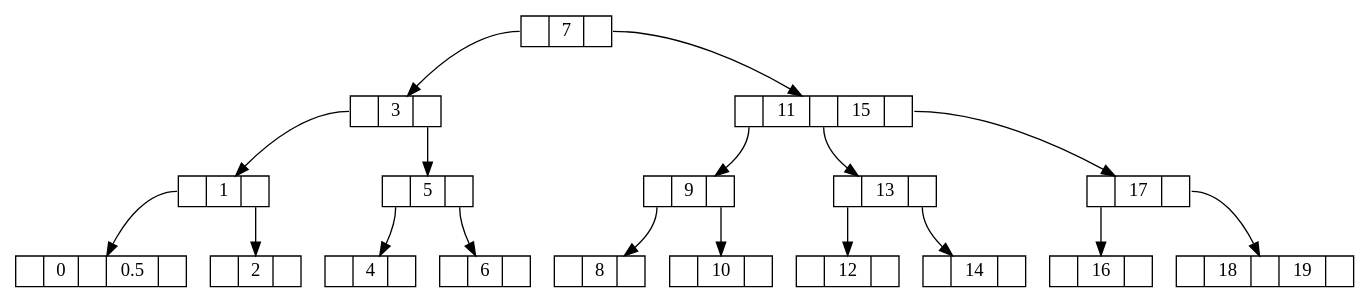
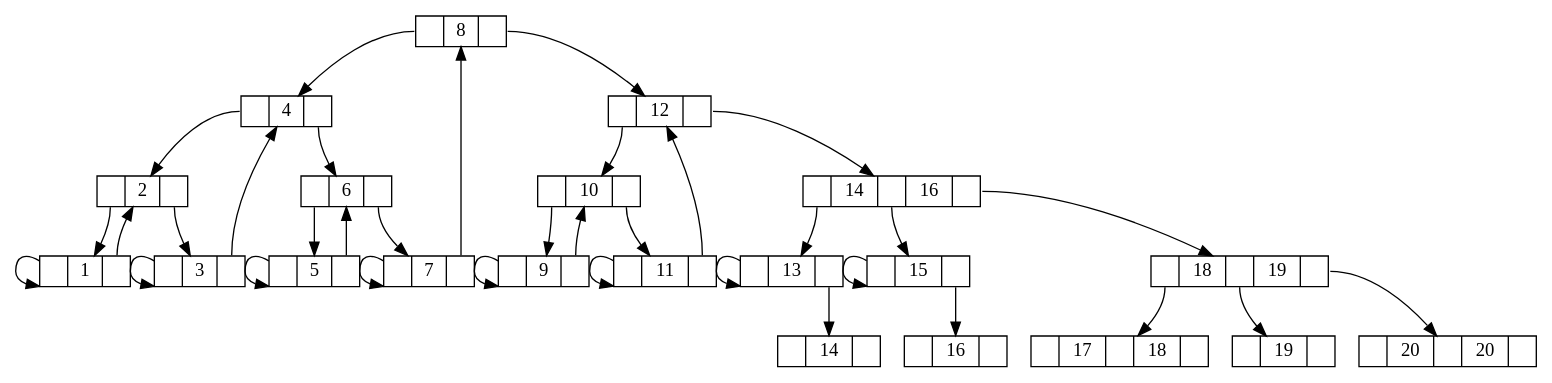
The diagram in B-Tree/btree.gv (nghiatnh/Data-Structures-And-Algorithms), drawn with Graphviz before and after one commit. The commit also changed 4 other files, not shown here.

```diff
--- a/B-Tree/btree.gv
+++ b/B-Tree/btree.gv
@@ -1,38 +1,72 @@
 digraph {
 	node [height=.1 shape=record]
-	"node-7" [label="<f0> | <f1> 7| <f2>"]
-	"node-1115" [label="<f0> | <f1> 11| <f2>| <f3> 15| <f4>"]
-	"node-7":f2 -> "node-1115"
-	"node-17" [label="<f0> | <f1> 17| <f2>"]
-	"node-1115":f4 -> "node-17"
+	"node-8" [label="<f0> | <f1> 8| <f2>"]
+	"node-12" [label="<f0> | <f1> 12| <f2>"]
+	"node-8":f2 -> "node-12"
+	"node-1416" [label="<f0> | <f1> 14| <f2>| <f3> 16| <f4>"]
+	"node-12":f2 -> "node-1416"
 	"node-1819" [label="<f0> | <f1> 18| <f2>| <f3> 19| <f4>"]
-	"node-17":f2 -> "node-1819"
+	"node-1416":f4 -> "node-1819"
+	"node-2020" [label="<f0> | <f1> 20| <f2>| <f3> 20| <f4>"]
+	"node-1819":f4 -> "node-2020"
+	"node-19" [label="<f0> | <f1> 19| <f2>"]
+	"node-1819":f2 -> "node-19"
+	"node-1718" [label="<f0> | <f1> 17| <f2>| <f3> 18| <f4>"]
+	"node-1819":f0 -> "node-1718"
+	"node-15" [label="<f0> | <f1> 15| <f2>"]
+	"node-1416":f2 -> "node-15"
 	"node-16" [label="<f0> | <f1> 16| <f2>"]
-	"node-17":f0 -> "node-16"
+	"node-15":f2 -> "node-16"
+	"node-15" [label="<f0> | <f1> 15| <f2>"]
+	"node-15":f0 -> "node-15"
 	"node-13" [label="<f0> | <f1> 13| <f2>"]
-	"node-1115":f2 -> "node-13"
+	"node-1416":f0 -> "node-13"
 	"node-14" [label="<f0> | <f1> 14| <f2>"]
 	"node-13":f2 -> "node-14"
+	"node-13" [label="<f0> | <f1> 13| <f2>"]
+	"node-13":f0 -> "node-13"
+	"node-10" [label="<f0> | <f1> 10| <f2>"]
+	"node-12":f0 -> "node-10"
+	"node-11" [label="<f0> | <f1> 11| <f2>"]
+	"node-10":f2 -> "node-11"
 	"node-12" [label="<f0> | <f1> 12| <f2>"]
-	"node-13":f0 -> "node-12"
+	"node-11":f2 -> "node-12"
+	"node-11" [label="<f0> | <f1> 11| <f2>"]
+	"node-11":f0 -> "node-11"
 	"node-9" [label="<f0> | <f1> 9| <f2>"]
-	"node-1115":f0 -> "node-9"
+	"node-10":f0 -> "node-9"
 	"node-10" [label="<f0> | <f1> 10| <f2>"]
 	"node-9":f2 -> "node-10"
+	"node-9" [label="<f0> | <f1> 9| <f2>"]
+	"node-9":f0 -> "node-9"
+	"node-4" [label="<f0> | <f1> 4| <f2>"]
+	"node-8":f0 -> "node-4"
+	"node-6" [label="<f0> | <f1> 6| <f2>"]
+	"node-4":f2 -> "node-6"
+	"node-7" [label="<f0> | <f1> 7| <f2>"]
+	"node-6":f2 -> "node-7"
 	"node-8" [label="<f0> | <f1> 8| <f2>"]
-	"node-9":f0 -> "node-8"
-	"node-3" [label="<f0> | <f1> 3| <f2>"]
-	"node-7":f0 -> "node-3"
+	"node-7":f2 -> "node-8"
+	"node-7" [label="<f0> | <f1> 7| <f2>"]
+	"node-7":f0 -> "node-7"
 	"node-5" [label="<f0> | <f1> 5| <f2>"]
-	"node-3":f2 -> "node-5"
+	"node-6":f0 -> "node-5"
 	"node-6" [label="<f0> | <f1> 6| <f2>"]
 	"node-5":f2 -> "node-6"
+	"node-5" [label="<f0> | <f1> 5| <f2>"]
+	"node-5":f0 -> "node-5"
+	"node-2" [label="<f0> | <f1> 2| <f2>"]
+	"node-4":f0 -> "node-2"
+	"node-3" [label="<f0> | <f1> 3| <f2>"]
+	"node-2":f2 -> "node-3"
 	"node-4" [label="<f0> | <f1> 4| <f2>"]
-	"node-5":f0 -> "node-4"
+	"node-3":f2 -> "node-4"
+	"node-3" [label="<f0> | <f1> 3| <f2>"]
+	"node-3":f0 -> "node-3"
 	"node-1" [label="<f0> | <f1> 1| <f2>"]
-	"node-3":f0 -> "node-1"
+	"node-2":f0 -> "node-1"
 	"node-2" [label="<f0> | <f1> 2| <f2>"]
 	"node-1":f2 -> "node-2"
-	"node-00.5" [label="<f0> | <f1> 0| <f2>| <f3> 0.5| <f4>"]
-	"node-1":f0 -> "node-00.5"
+	"node-1" [label="<f0> | <f1> 1| <f2>"]
+	"node-1":f0 -> "node-1"
 }
```
